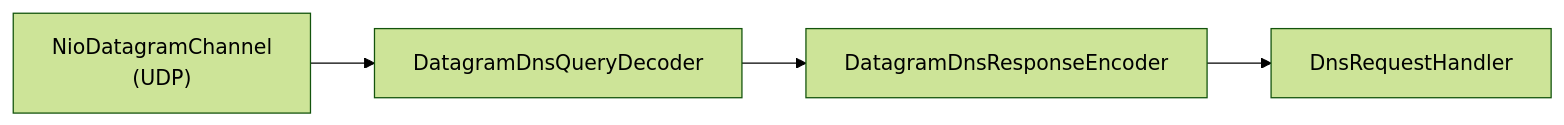
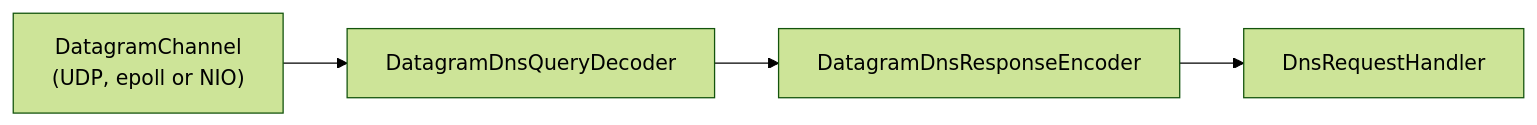
One commit to inspire12/mockserver changed diagram 24 of 27 in docs/code/netty-pipeline.md. Above: the diagram before and after it, drawn with Mermaid (forest theme). The commit also changed other lines of this file and 11 other files, not shown here.

````diff
--- a/docs/code/netty-pipeline.md
+++ b/docs/code/netty-pipeline.md
@@ -1807,6 +1810,6 @@
 ```mermaid
 graph LR
-    UDP["NioDatagramChannel\n(UDP)"] --> DEC["DatagramDnsQueryDecoder"]
+    UDP["DatagramChannel\n(UDP, epoll or NIO)"] --> DEC["DatagramDnsQueryDecoder"]
     DEC --> ENC["DatagramDnsResponseEncoder"]
     ENC --> HANDLER["DnsRequestHandler"]
 ```
````
